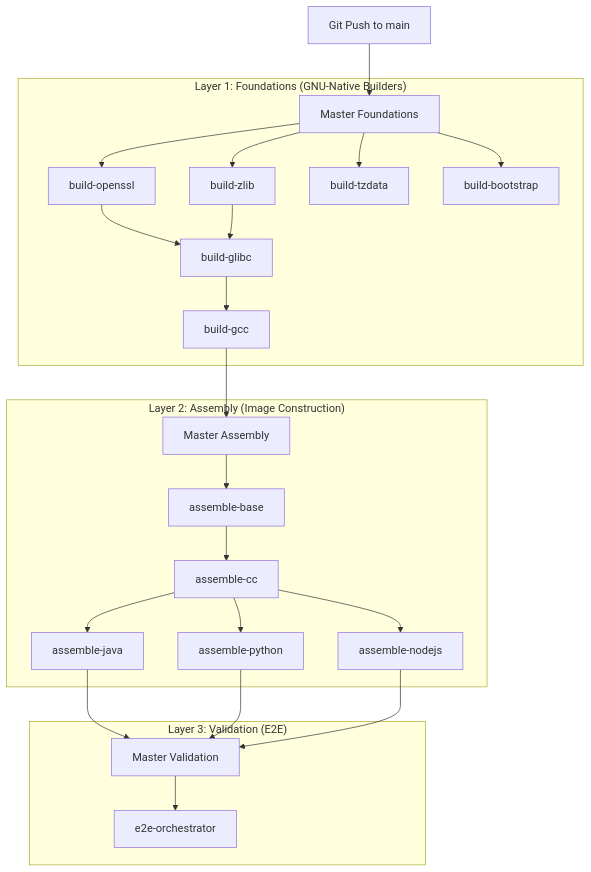
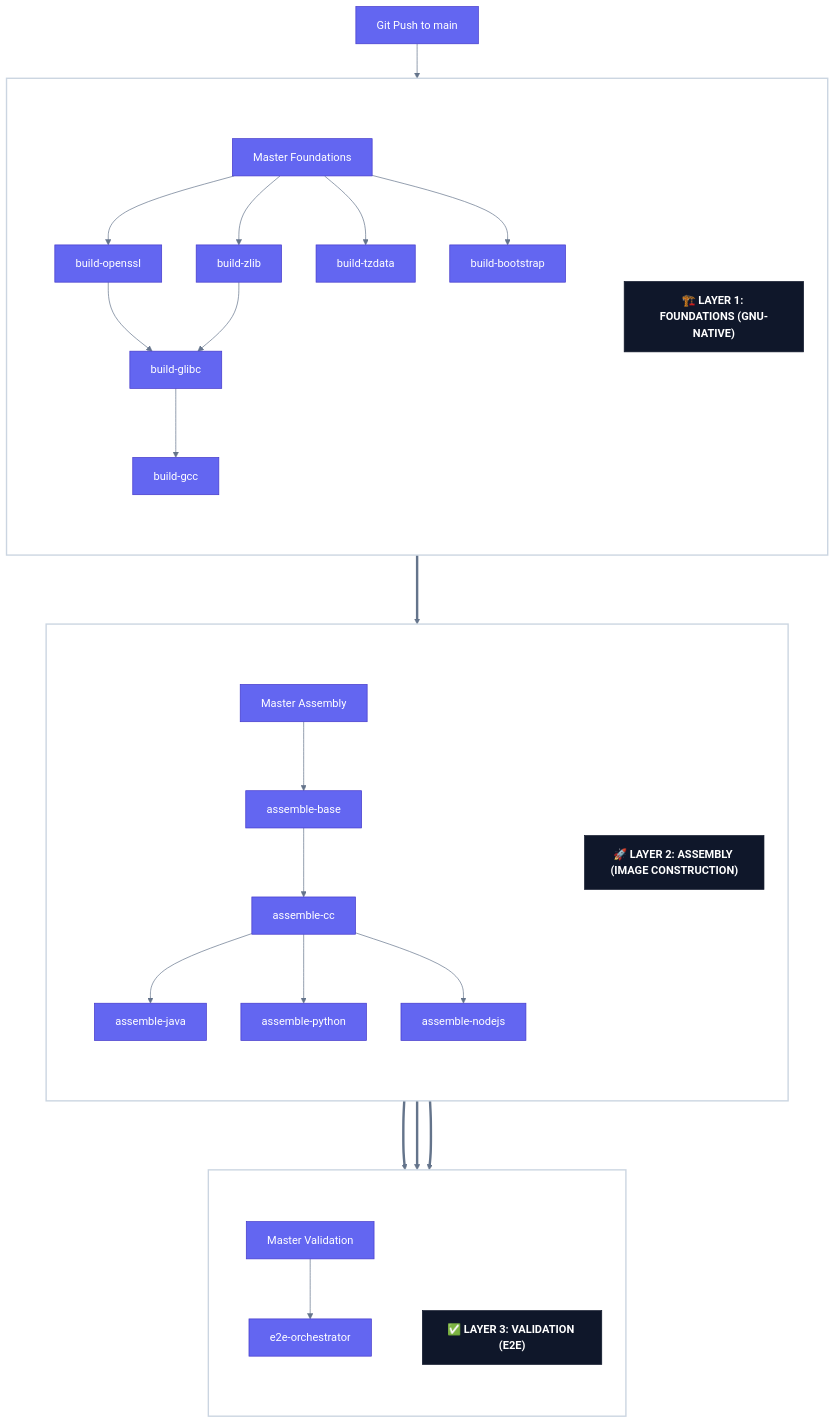
One commit to mbuccarello/distroless-the-hard-way changed the diagram in docs/mermaid/layered-architecture.mmd. Above: the diagram before and after it, drawn with Mermaid. The commit also changed 48 other files, not shown here.

```diff
--- a/docs/mermaid/layered-architecture.mmd
+++ b/docs/mermaid/layered-architecture.mmd
@@ -1,30 +1,58 @@
-graph TD
-    Push["Git Push to main"] --> F["Master Foundations"]
+%%{init: {'theme': 'base', 'themeVariables': { 'clusterBkg': '#ffffff', 'clusterBorder': '#cbd5e1', 'primaryColor': '#ffffff', 'lineColor': '#64748b', 'edgeColor': '#475569' }}}%%
+graph TB
+    classDef header fill:#0f172a,stroke:#0f172a,color:#fff,font-weight:bold,font-size:16px;
+    classDef action fill:#6366f1,stroke:#4338ca,color:#fff;
+    classDef check fill:#10b981,stroke:#059669,color:#fff;
+
+    Push["Git Push to main"]:::action --> F["Master Foundations"]:::action
     
-    subgraph Layer1 ["Layer 1: Foundations (GNU-Native Builders)"]
-        F --> B1["build-openssl"]
-        F --> B2["build-zlib"]
-        F --> B3["build-tzdata"]
-        F --> B4["build-bootstrap"]
-        B1 --> G["build-glibc"]
-        B2 --> G
-        G --> GC["build-gcc"]
+    subgraph L1_Cont [" "]
+        direction TB
+        h1["🏗️ LAYER 1: FOUNDATIONS (GNU-NATIVE)"]:::header
+        
+        subgraph Layer1 ["&nbsp;"]
+            direction TB
+            F --> B1["build-openssl"]
+            F --> B2["build-zlib"]
+            F --> B3["build-tzdata"]
+            F --> B4["build-bootstrap"]
+            B1 --> G["build-glibc"]
+            B2 --> G
+            G --> GC["build-gcc"]
+        end
     end
+    style L1_Cont fill:#ffffff,stroke:#cbd5e1,stroke-width:2px;
+    style Layer1 fill:#ffffff,stroke:none;
     
-    GC --> A["Master Assembly"]
+    GC ===> A["Master Assembly"]:::action
     
-    subgraph Layer2 ["Layer 2: Assembly (Image Construction)"]
-        A --> AB["assemble-base"]
-        AB --> AC["assemble-cc"]
-        AC --> L1["assemble-java"]
-        AC --> L2["assemble-python"]
-        AC --> L3["assemble-nodejs"]
+    subgraph L2_Cont [" "]
+        direction TB
+        h2["🚀 LAYER 2: ASSEMBLY (IMAGE CONSTRUCTION)"]:::header
+
+        subgraph Layer2 ["&nbsp;"]
+            direction TB
+            A --> AB["assemble-base"]
+            AB --> AC["assemble-cc"]
+            AC --> L1["assemble-java"]
+            AC --> L2["assemble-python"]
+            AC --> L3["assemble-nodejs"]
+        end
     end
+    style L2_Cont fill:#ffffff,stroke:#cbd5e1,stroke-width:2px;
+    style Layer2 fill:#ffffff,stroke:none;
     
-    L1 --> V["Master Validation"]
-    L2 --> V
-    L3 --> V
+    L1 & L2 & L3 ===> V["Master Validation"]:::action
     
-    subgraph Layer3 ["Layer 3: Validation (E2E)"]
-        V --> E2E["e2e-orchestrator"]
+    subgraph L3_Cont [" "]
+        direction TB
+        h3["✅ LAYER 3: VALIDATION (E2E)"]:::header
+        
+        subgraph Layer3 ["&nbsp;"]
+            V --> E2E["e2e-orchestrator"]
+        end
     end
+    style L3_Cont fill:#ffffff,stroke:#cbd5e1,stroke-width:2px;
+    style Layer3 fill:#ffffff,stroke:none;
+
+    class B1,B2,B3,B4,G,GC,AB,AC,L1,L2,L3,E2E action;
```
